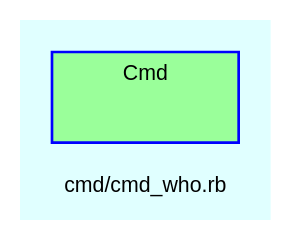
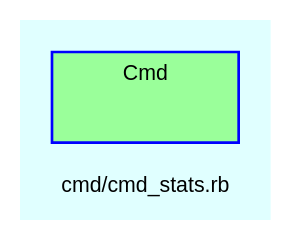
One commit to Tyche/teensymud changed the diagram in doc/dot/f_30.dot. Above: the diagram before and after it, drawn with Graphviz. The commit also changed 121 other files, not shown here.

```diff
--- a/doc/dot/f_30.dot
+++ b/doc/dot/f_30.dot
@@ -1,29 +1,29 @@
 digraph TopLevel {
     compound = true
     bgcolor = lightcyan1
     fontname = Arial
     fontsize = 8
-    label = "cmd/cmd_who.rb"
+    label = "cmd/cmd_stats.rb"
     node [
         fontname = Arial,
         fontsize = 8,
         color = black
     ]
 
     subgraph cluster_Cmd {
         fillcolor = palegreen1
         URL = "classes/Cmd.html"
         fontname = Arial
         color = blue
         label = "Cmd"
         style = filled
         Cmd [
             shape = plaintext,
             height = 0.01,
             width = 0.75,
             label = ""
         ]
 
     }
 
 }
```
